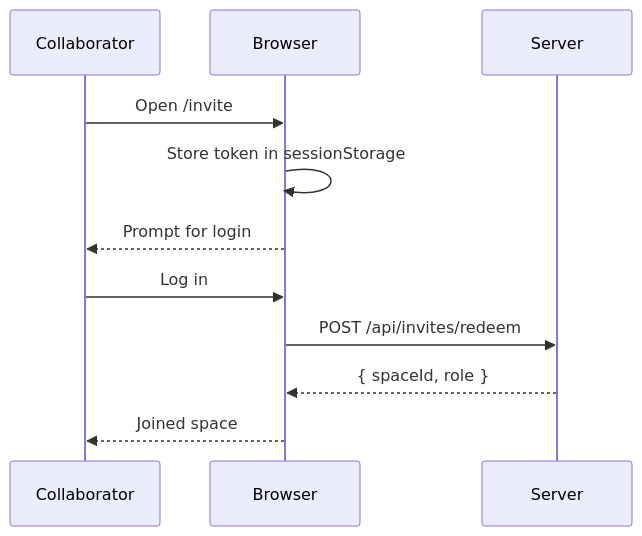
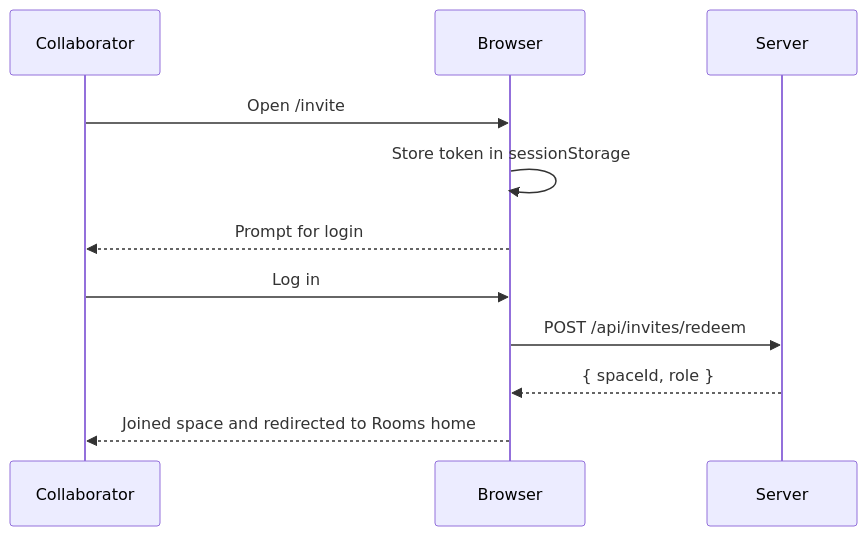
One commit to jchadwick/ai-spaces changed the second of 5 diagrams in docs/flows/03-collaborator-access.md. Above: the diagram before and after it, drawn with Mermaid. The commit also changed other lines of this file and 33 other files, not shown here.

````diff
--- a/docs/flows/03-collaborator-access.md
+++ b/docs/flows/03-collaborator-access.md
@@ -40,14 +43,14 @@
 ```mermaid
 sequenceDiagram
     participant Collaborator
     participant Browser
     participant Server
 
     Collaborator->>Browser: Open /invite#token=... while logged out
     Browser->>Browser: Store token in sessionStorage
     Browser-->>Collaborator: Prompt for login
     Collaborator->>Browser: Log in
     Browser->>Server: POST /api/invites/redeem
     Server-->>Browser: { spaceId, role }
-    Browser-->>Collaborator: Joined space
+    Browser-->>Collaborator: Joined space and redirected to Rooms home
 ```
````
